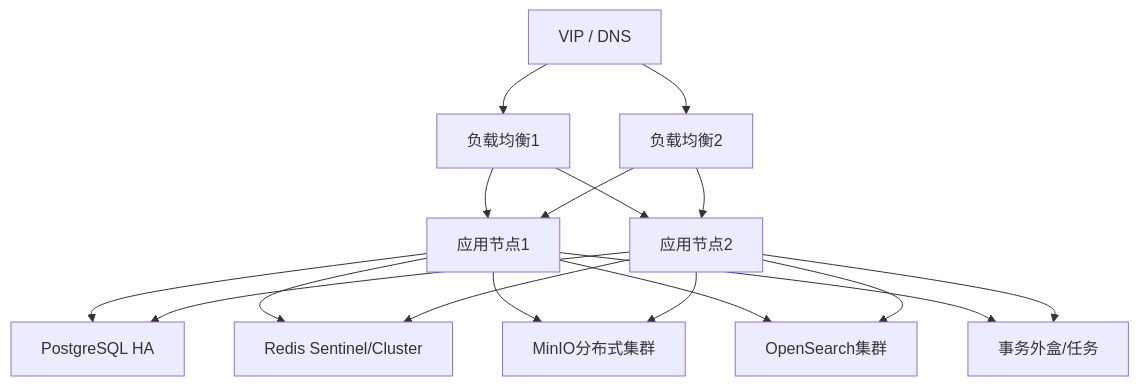
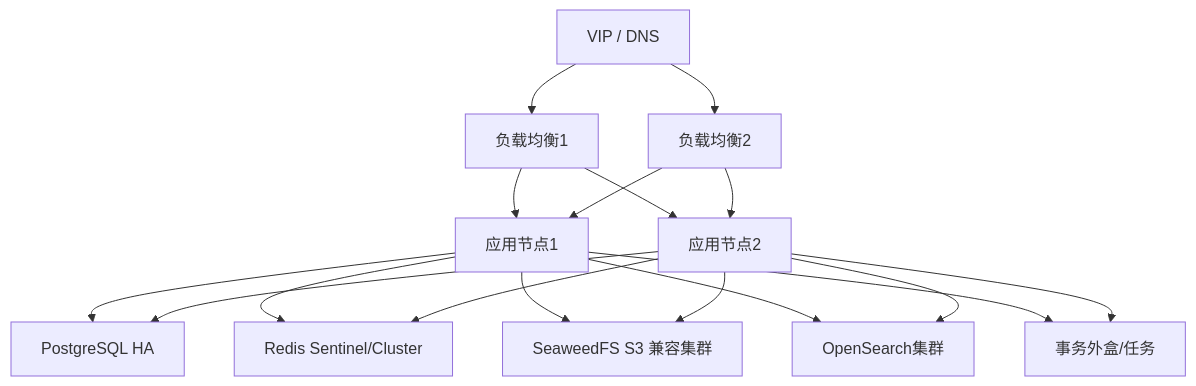
Diagram 12 of 13 in docs/File-Workshop-V1.0-企业级文件管理系统开发设计文档.md (LURENJIAPD/File-Workshop), drawn with Mermaid before and after one commit. The commit also changed other lines of this file and 15 other files, not shown here.

````diff
--- a/docs/File-Workshop-V1.0-企业级文件管理系统开发设计文档.md
+++ b/docs/File-Workshop-V1.0-企业级文件管理系统开发设计文档.md
@@ -3010,19 +3026,19 @@
 ```mermaid
 flowchart TB
     VIP[VIP / DNS] --> LB1[负载均衡1]
     VIP --> LB2[负载均衡2]
     LB1 --> A1[应用节点1]
     LB1 --> A2[应用节点2]
     LB2 --> A1
     LB2 --> A2
     A1 --> PG[PostgreSQL HA]
     A2 --> PG
     A1 --> R[Redis Sentinel/Cluster]
     A2 --> R
-    A1 --> M[MinIO分布式集群]
+    A1 --> M[SeaweedFS S3 兼容集群]
     A2 --> M
     A1 --> S[OpenSearch集群]
     A2 --> S
     A1 --> O[事务外盒/任务]
     A2 --> O
 ```
````
